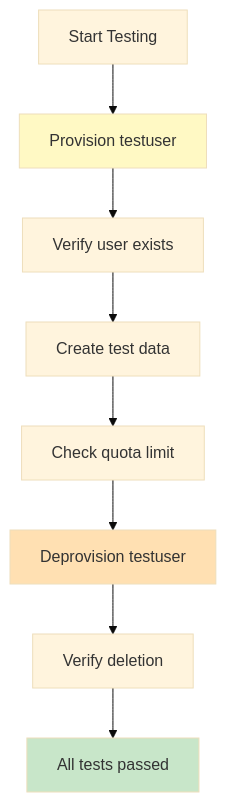
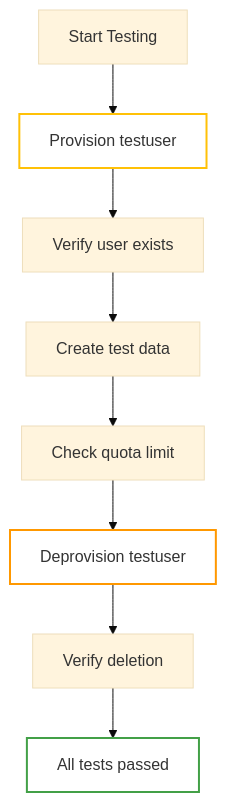
One commit to aaronwittchen/Automated-Storage-Provisioning-Tool changed the fifth of 5 diagrams in README.md. Above: the diagram before and after it, drawn with Mermaid (base theme). The commit also changed other lines of this file, not shown here.

````diff
--- a/README.md
+++ b/README.md
@@ -458,14 +418,14 @@
 ```mermaid
 graph TD
     A["Start Testing"] --> B["Provision testuser"]
     B --> C["Verify user exists"]
     C --> D["Create test data"]
     D --> E["Check quota limit"]
     E --> F["Deprovision testuser"]
     F --> G["Verify deletion"]
     G --> H["All tests passed"]
-    
-    style H fill:#c8e6c9
-    style B fill:#fff9c4
-    style F fill:#ffe0b2
+   
+    style H fill:none,stroke:#43a047,stroke-width:2px
+    style B fill:none,stroke:#ffc107,stroke-width:2px
+    style F fill:none,stroke:#ff9800,stroke-width:2px
 ```
````
